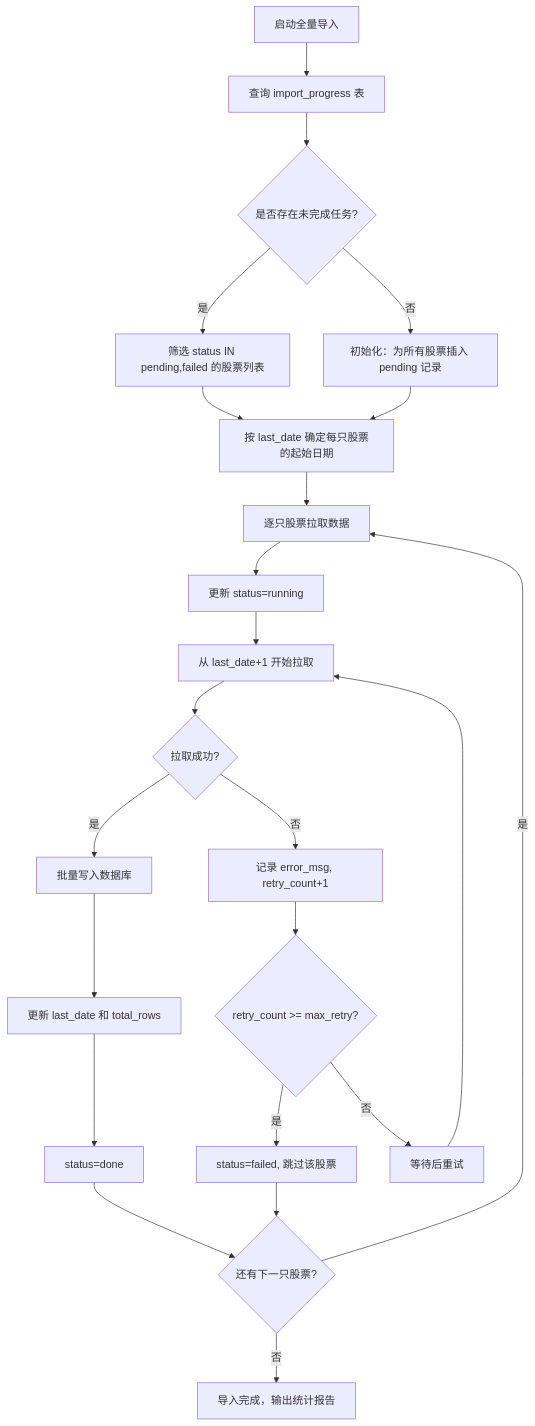
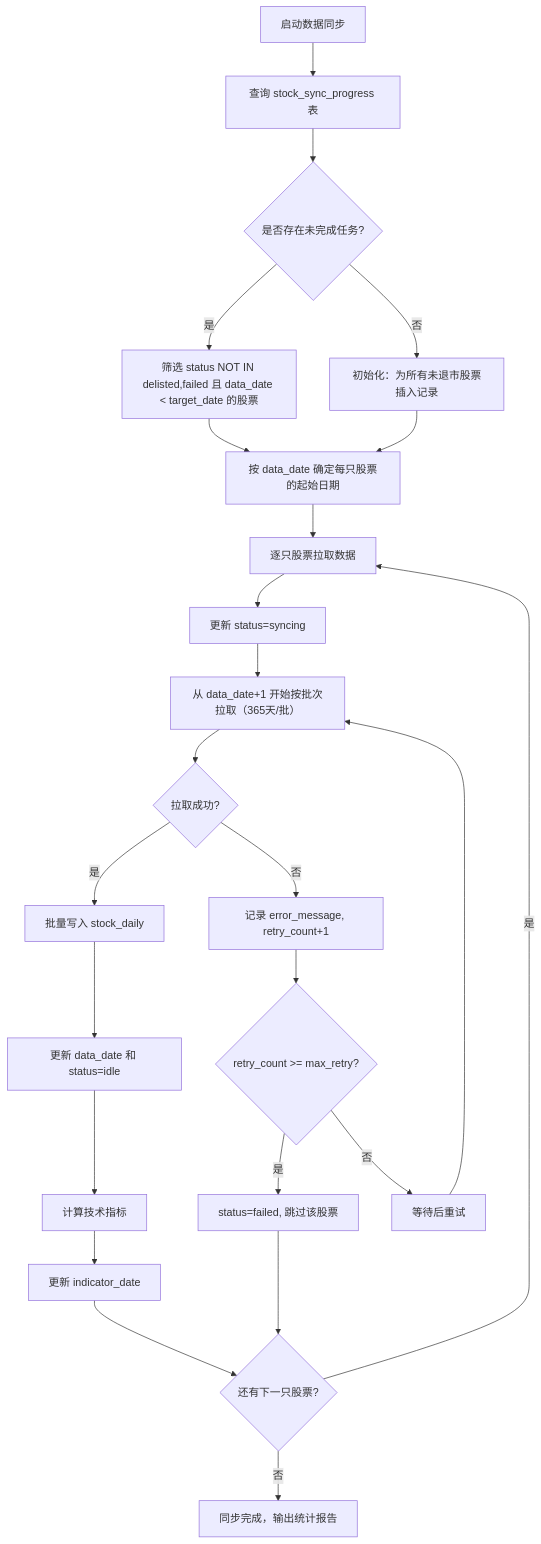
The second of 4 diagrams in docs/design/01-详细设计-数据采集.md (adrian-xia/stock-selector), drawn with Mermaid before and after one commit. The commit also changed other lines of this file, not shown here.

````diff
--- a/docs/design/01-详细设计-数据采集.md
+++ b/docs/design/01-详细设计-数据采集.md
@@ -504,25 +535,26 @@
 ```mermaid
 flowchart TD
-    A[启动全量导入] --> B[查询 import_progress 表]
+    A[启动数据同步] --> B[查询 stock_sync_progress 表]
     B --> C{是否存在未完成任务?}
-    C -->|是| D[筛选 status IN pending,failed 的股票列表]
-    C -->|否| E[初始化：为所有股票插入 pending 记录]
-    D --> F[按 last_date 确定每只股票的起始日期]
+    C -->|是| D[筛选 status NOT IN delisted,failed 且 data_date < target_date 的股票]
+    C -->|否| E[初始化：为所有未退市股票插入记录]
+    D --> F[按 data_date 确定每只股票的起始日期]
     E --> F
     F --> G[逐只股票拉取数据]
-    G --> H[更新 status=running]
-    H --> I[从 last_date+1 开始拉取]
+    G --> H[更新 status=syncing]
+    H --> I[从 data_date+1 开始按批次拉取（365天/批）]
     I --> J{拉取成功?}
-    J -->|是| K[批量写入数据库]
-    K --> L[更新 last_date 和 total_rows]
-    L --> M[status=done]
-    J -->|否| N[记录 error_msg, retry_count+1]
-    N --> O{retry_count >= max_retry?}
-    O -->|是| P[status=failed, 跳过该股票]
-    O -->|否| Q[等待后重试]
-    Q --> I
-    M --> R{还有下一只股票?}
-    P --> R
-    R -->|是| G
-    R -->|否| S[导入完成，输出统计报告]
+    J -->|是| K[批量写入 stock_daily]
+    K --> L[更新 data_date 和 status=idle]
+    L --> M[计算技术指标]
+    M --> N[更新 indicator_date]
+    J -->|否| O[记录 error_message, retry_count+1]
+    O --> P{retry_count >= max_retry?}
+    P -->|是| Q[status=failed, 跳过该股票]
+    P -->|否| R[等待后重试]
+    R --> I
+    N --> S{还有下一只股票?}
+    Q --> S
+    S -->|是| G
+    S -->|否| T[同步完成，输出统计报告]
 ```
````
